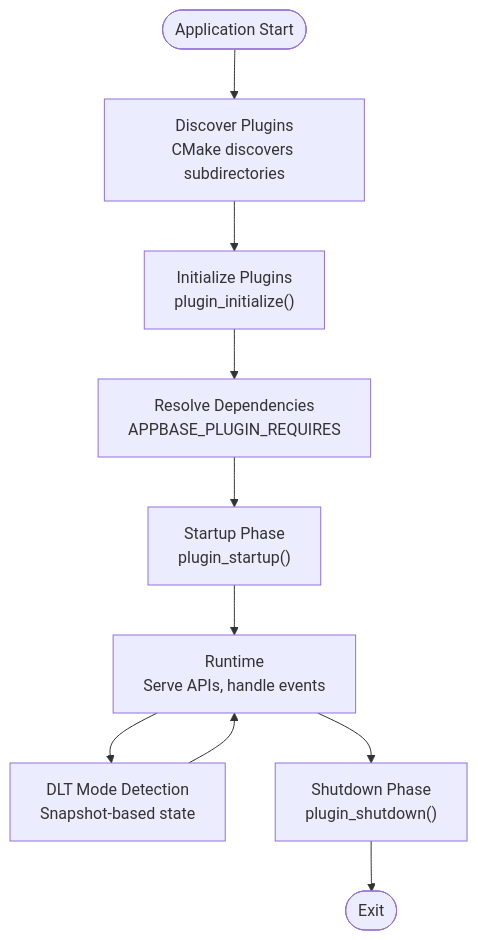
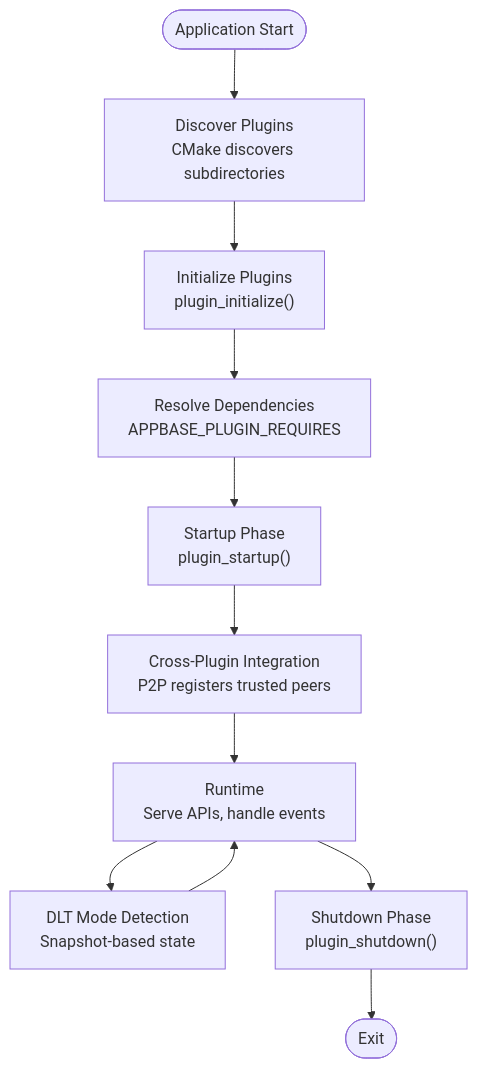
Before and after one commit to VIZ-Blockchain/viz-cpp-node: diagram 11 of 20 in .qoder/repowiki/en/content/Plugin System/Plugin System.md, drawn with Mermaid. The commit also changed other lines of this file and 5 other files, not shown here.

````diff
--- a/.qoder/repowiki/en/content/Plugin System/Plugin System.md
+++ b/.qoder/repowiki/en/content/Plugin System/Plugin System.md
@@ -350,12 +372,13 @@
 ```mermaid
 flowchart TD
 Start(["Application Start"]) --> Discover["Discover Plugins<br/>CMake discovers subdirectories"]
 Discover --> Init["Initialize Plugins<br/>plugin_initialize()"]
 Init --> Deps["Resolve Dependencies<br/>APPBASE_PLUGIN_REQUIRES"]
 Deps --> Startup["Startup Phase<br/>plugin_startup()"]
-Startup --> Run["Runtime<br/>Serve APIs, handle events"]
+Startup --> CrossPlugin["Cross-Plugin Integration<br/>P2P registers trusted peers"]
+CrossPlugin --> Run["Runtime<br/>Serve APIs, handle events"]
 Run --> DLTMode["DLT Mode Detection<br/>Snapshot-based state"]
 DLTMode --> Run
 Run --> Shutdown["Shutdown Phase<br/>plugin_shutdown()"]
 Shutdown --> End(["Exit"])
 ```
````
